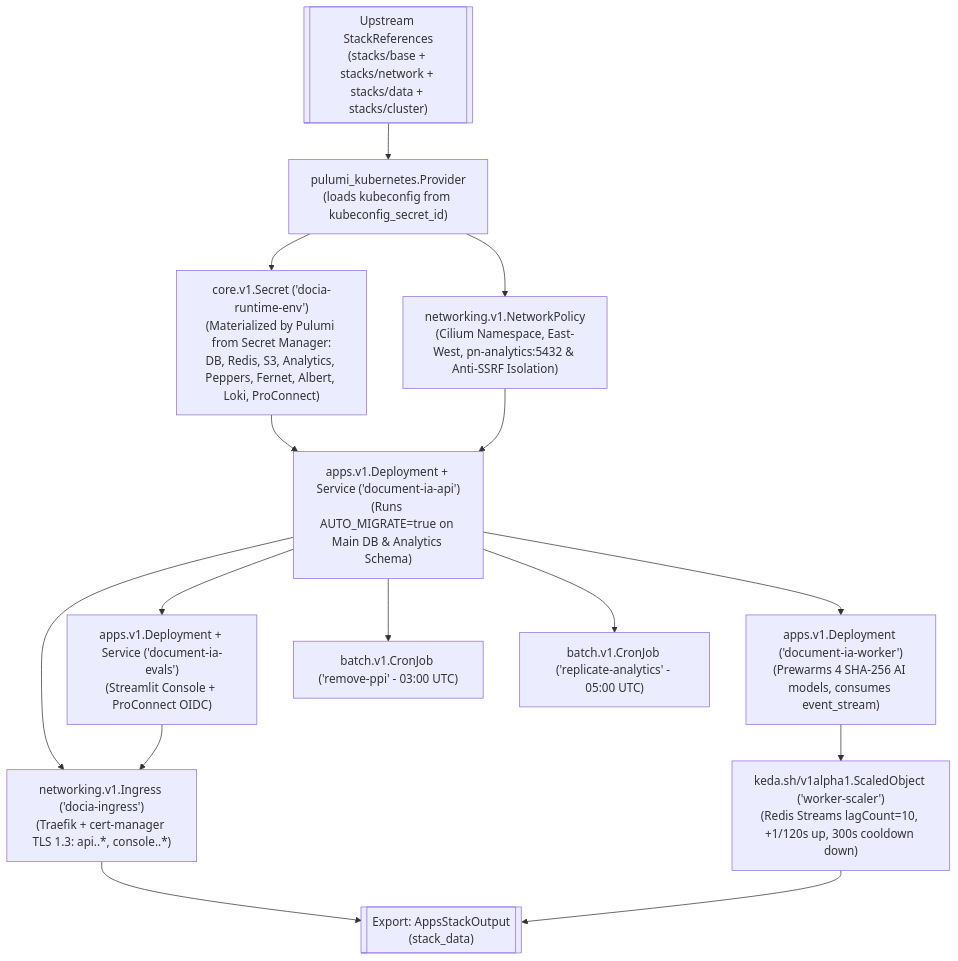
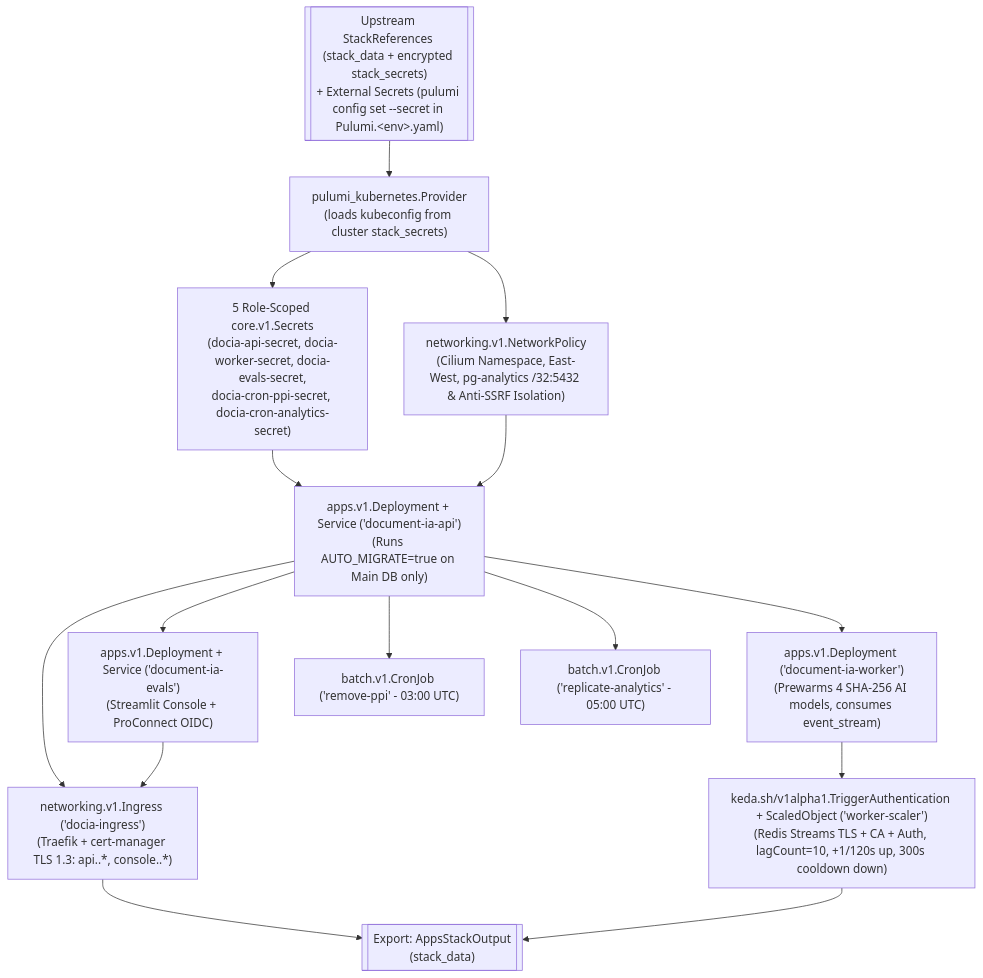
Diagram 17 of 17 in docs/ARCHITECTURE.md (etalab-ia/document-ia-infra), drawn with Mermaid before and after one commit. The commit also changed other lines of this file, not shown here.

First line of the commit message:
docs(architecture): harden VPC ACL, S3 policies, K8s secrets, Bastion, KEDA TLS and Traefik

````diff
--- a/docs/ARCHITECTURE.md
+++ b/docs/ARCHITECTURE.md
@@ -1204,24 +1280,24 @@
 ```mermaid
 flowchart TB
-    REFS[["Upstream StackReferences<br/>(stacks/base + stacks/network + stacks/data + stacks/cluster)"]]
+    REFS[["Upstream StackReferences (stack_data + encrypted stack_secrets)<br/>+ External Secrets (pulumi config set --secret in Pulumi.&lt;env&gt;.yaml)"]]
 
-    K_PROV["pulumi_kubernetes.Provider<br/>(loads kubeconfig from kubeconfig_secret_id)"]
-    K_SEC["core.v1.Secret ('docia-runtime-env')<br/>(Materialized by Pulumi from Secret Manager:<br/>DB, Redis, S3, Analytics, Peppers, Fernet, Albert, Loki, ProConnect)"]
-    NETPOL["networking.v1.NetworkPolicy<br/>(Cilium Namespace, East-West, pn-analytics:5432 & Anti-SSRF Isolation)"]
+    K_PROV["pulumi_kubernetes.Provider<br/>(loads kubeconfig from cluster stack_secrets)"]
+    K_SEC["5 Role-Scoped core.v1.Secrets<br/>(docia-api-secret, docia-worker-secret, docia-evals-secret,<br/>docia-cron-ppi-secret, docia-cron-analytics-secret)"]
+    NETPOL["networking.v1.NetworkPolicy<br/>(Cilium Namespace, East-West, pg-analytics /32:5432 & Anti-SSRF Isolation)"]
 
-    DEPLOY_API["apps.v1.Deployment + Service ('document-ia-api')<br/>(Runs AUTO_MIGRATE=true on Main DB & Analytics Schema)"]
+    DEPLOY_API["apps.v1.Deployment + Service ('document-ia-api')<br/>(Runs AUTO_MIGRATE=true on Main DB only)"]
     DEPLOY_WRK["apps.v1.Deployment ('document-ia-worker')<br/>(Prewarms 4 SHA-256 AI models, consumes event_stream)"]
-    KEDA_SO["keda.sh/v1alpha1.ScaledObject ('worker-scaler')<br/>(Redis Streams lagCount=10, +1/120s up, 300s cooldown down)"]
+    KEDA_SO["keda.sh/v1alpha1.TriggerAuthentication + ScaledObject ('worker-scaler')<br/>(Redis Streams TLS + CA + Auth, lagCount=10, +1/120s up, 300s cooldown down)"]
     DEPLOY_EVALS["apps.v1.Deployment + Service ('document-ia-evals')<br/>(Streamlit Console + ProConnect OIDC)"]
     CRON_1["batch.v1.CronJob ('remove-ppi' - 03:00 UTC)"]
     CRON_2["batch.v1.CronJob ('replicate-analytics' - 05:00 UTC)"]
     ING_RULES["networking.v1.Ingress ('docia-ingress')<br/>(Traefik + cert-manager TLS 1.3: api.<env>.*, console.<env>.*)"]
 
     REFS --> K_PROV
     K_PROV --> K_SEC & NETPOL
     K_SEC & NETPOL --> DEPLOY_API
     DEPLOY_API --> DEPLOY_WRK & DEPLOY_EVALS & CRON_1 & CRON_2
     DEPLOY_WRK --> KEDA_SO
     DEPLOY_API & DEPLOY_EVALS --> ING_RULES
     ING_RULES & KEDA_SO --> OUT[["Export: AppsStackOutput<br/>(stack_data)"]]
 ```
````
